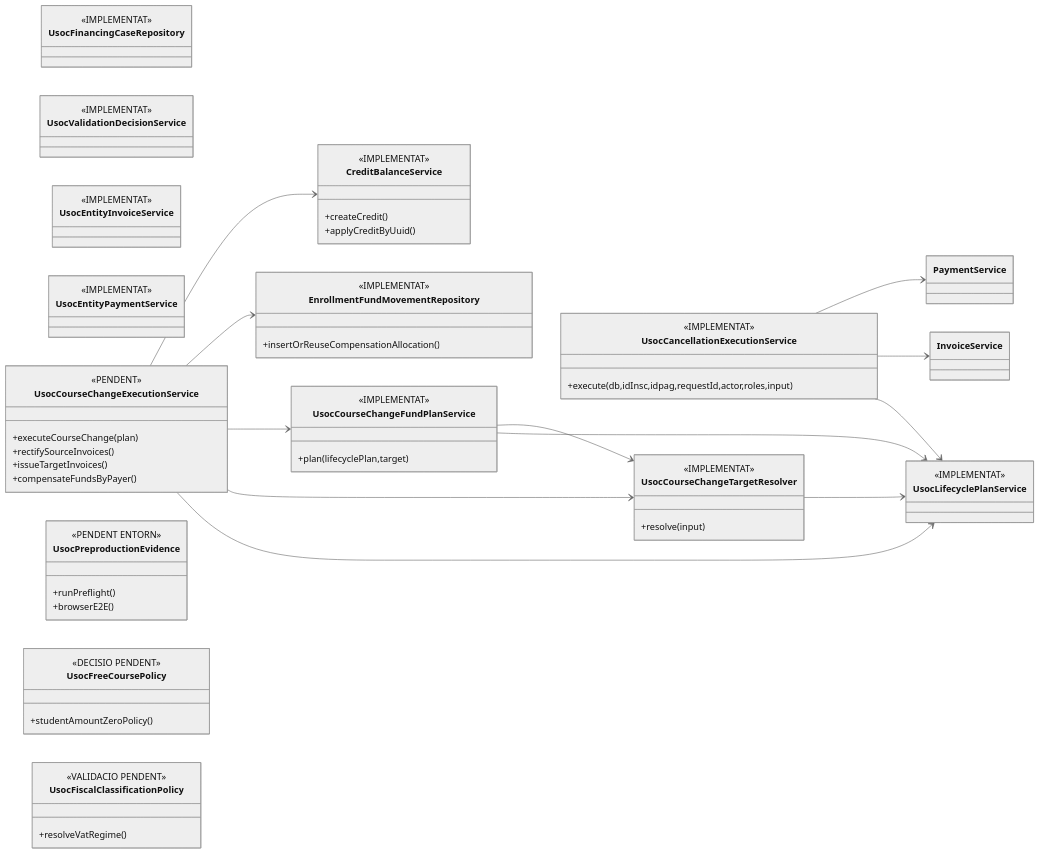
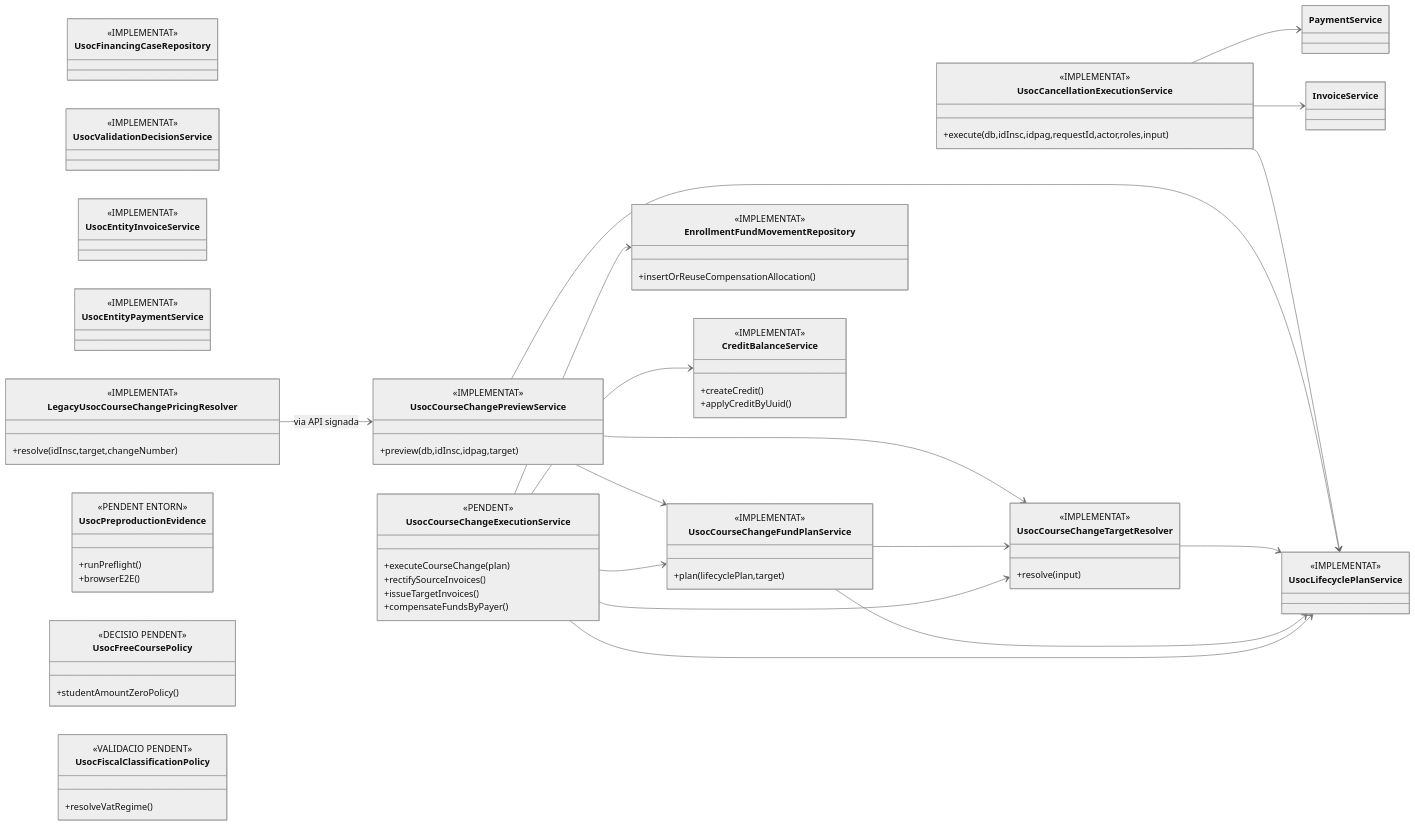
Before and after one commit to orgmeriemprismacat-del/verifactu: the fourth of 4 diagrams in documentacio/07-uml-integrat/uc-013-classes-actual-final.md, drawn with Mermaid (neutral theme). The commit also changed other lines of this file, not shown here.

Commit message:
docs(UC-013): incorporar preview a classes

```diff
--- a/documentacio/07-uml-integrat/uc-013-classes-actual-final.md
+++ b/documentacio/07-uml-integrat/uc-013-classes-actual-final.md
@@ -211,6 +211,14 @@
 class UsocCancellationExecutionService {
   <<IMPLEMENTAT>>
   +execute(db,idInsc,idpag,requestId,actor,roles,input)
+}
+class LegacyUsocCourseChangePricingResolver {
+  <<IMPLEMENTAT>>
+  +resolve(idInsc,target,changeNumber)
+}
+class UsocCourseChangePreviewService {
+  <<IMPLEMENTAT>>
+  +preview(db,idInsc,idpag,target)
 }
 class UsocCourseChangeTargetResolver {
   <<IMPLEMENTAT>>
@@ -252,6 +260,10 @@
 UsocCancellationExecutionService --> UsocLifecyclePlanService
 UsocCancellationExecutionService --> InvoiceService
 UsocCancellationExecutionService --> PaymentService
+UsocCourseChangePreviewService --> UsocLifecyclePlanService
+UsocCourseChangePreviewService --> UsocCourseChangeTargetResolver
+UsocCourseChangePreviewService --> UsocCourseChangeFundPlanService
+LegacyUsocCourseChangePricingResolver --> UsocCourseChangePreviewService : via API signada
 UsocCourseChangeTargetResolver --> UsocLifecyclePlanService
 UsocCourseChangeFundPlanService --> UsocLifecyclePlanService
 UsocCourseChangeFundPlanService --> UsocCourseChangeTargetResolver
```
